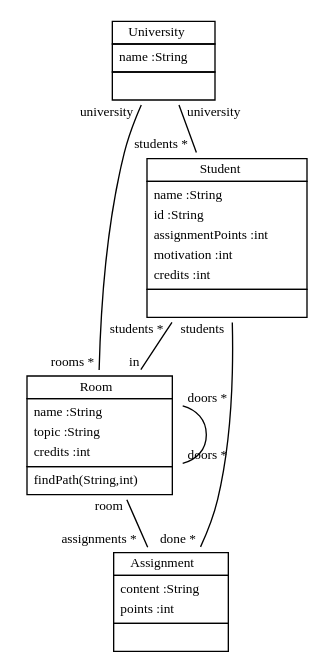
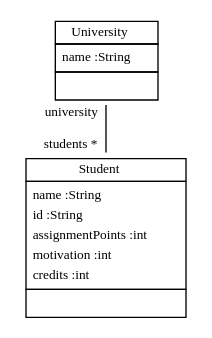
One commit to fujaba/SDMLib changed the diagram in doc/StudyRight with assignments class generationClassDiagram6.dot. Above: the diagram before and after it, drawn with Graphviz. The commit also changed 35 other files, not shown here.

```diff
--- a/doc/StudyRight with assignments class generationClassDiagram6.dot
+++ b/doc/StudyRight with assignments class generationClassDiagram6.dot
@@ -1,20 +1,13 @@
 
  digraph ClassDiagram {
     node [shape = none, fontsize = 10]; 
     edge [fontsize = 10];
     
     
     _University [label=<<table border='0' cellborder='1' cellspacing='0'> <tr> <td HREF="../examples/org/sdmlib/examples/studyrightWithAssignments/University.java">University</td> </tr> <tr><td><table border='0' cellborder='0' cellspacing='0'> <tr><td align='left'>name :String</td></tr>  </table></td></tr> <tr><td><table border='0' cellborder='0' cellspacing='0'> <tr><td> </td></tr> </table></td></tr> </table>>];
     _Student [label=<<table border='0' cellborder='1' cellspacing='0'> <tr> <td HREF="../examples/org/sdmlib/examples/studyrightWithAssignments/Student.java">Student</td> </tr> <tr><td><table border='0' cellborder='0' cellspacing='0'> <tr><td align='left'>name :String</td></tr> <tr><td align='left'>id :String</td></tr> <tr><td align='left'>assignmentPoints :int</td></tr> <tr><td align='left'>motivation :int</td></tr> <tr><td align='left'>credits :int</td></tr>  </table></td></tr> <tr><td><table border='0' cellborder='0' cellspacing='0'> <tr><td> </td></tr> </table></td></tr> </table>>];
-    _Room [label=<<table border='0' cellborder='1' cellspacing='0'> <tr> <td HREF="../examples/org/sdmlib/examples/studyrightWithAssignments/Room.java">Room</td> </tr> <tr><td><table border='0' cellborder='0' cellspacing='0'> <tr><td align='left'>name :String</td></tr> <tr><td align='left'>topic :String</td></tr> <tr><td align='left'>credits :int</td></tr>  </table></td></tr> <tr><td><table border='0' cellborder='0' cellspacing='0'> <tr><td align='left'>findPath(String,int)</td></tr>  </table></td></tr> </table>>];
-    _Assignment [label=<<table border='0' cellborder='1' cellspacing='0'> <tr> <td HREF="../examples/org/sdmlib/examples/studyrightWithAssignments/Assignment.java">Assignment</td> </tr> <tr><td><table border='0' cellborder='0' cellspacing='0'> <tr><td align='left'>content :String</td></tr> <tr><td align='left'>points :int</td></tr>  </table></td></tr> <tr><td><table border='0' cellborder='0' cellspacing='0'> <tr><td> </td></tr> </table></td></tr> </table>>];
     
     
     
     _University -> _Student [headlabel = "students *" taillabel = "university" arrowhead = "none" ];
-    _University -> _Room [headlabel = "rooms *" taillabel = "university" arrowhead = "none" ];
-    _Room -> _Room [headlabel = "doors *" taillabel = "doors *" arrowhead = "none" ];
-    _Student -> _Room [headlabel = "in" taillabel = "students *" arrowhead = "none" ];
-    _Room -> _Assignment [headlabel = "assignments *" taillabel = "room" arrowhead = "none" ];
-    _Student -> _Assignment [headlabel = "done *" taillabel = "students" arrowhead = "none" ];
 }
```
